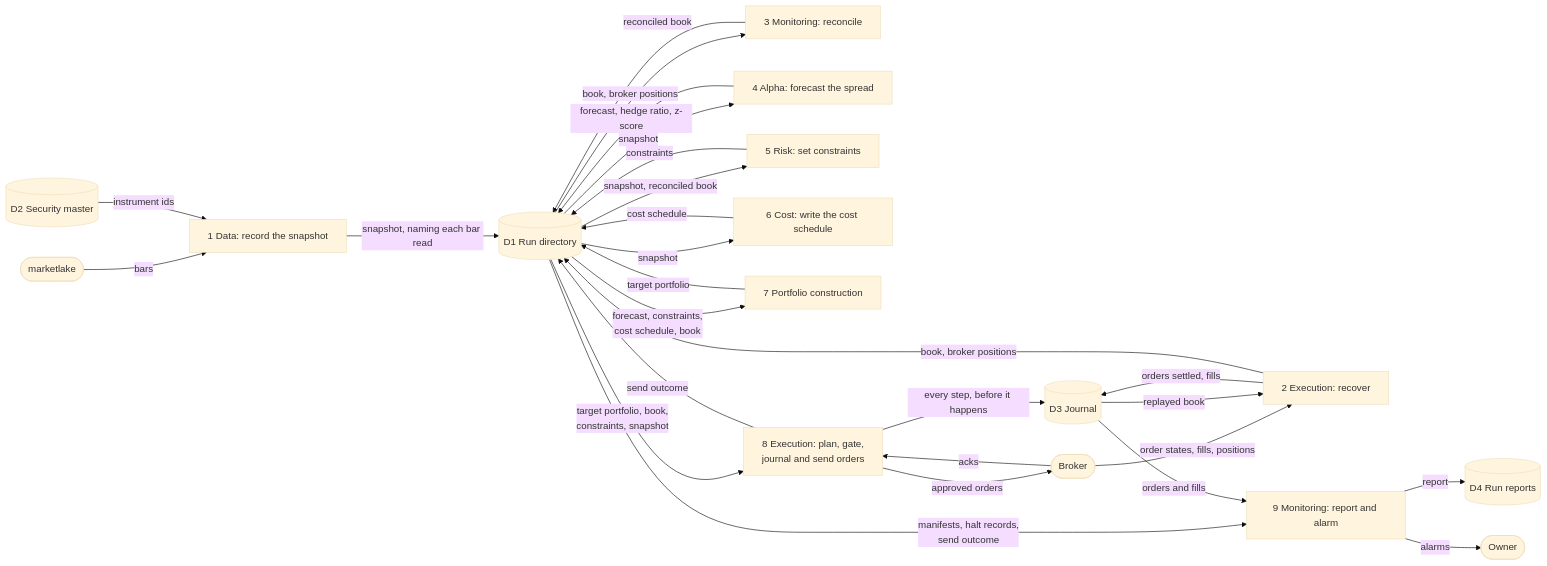
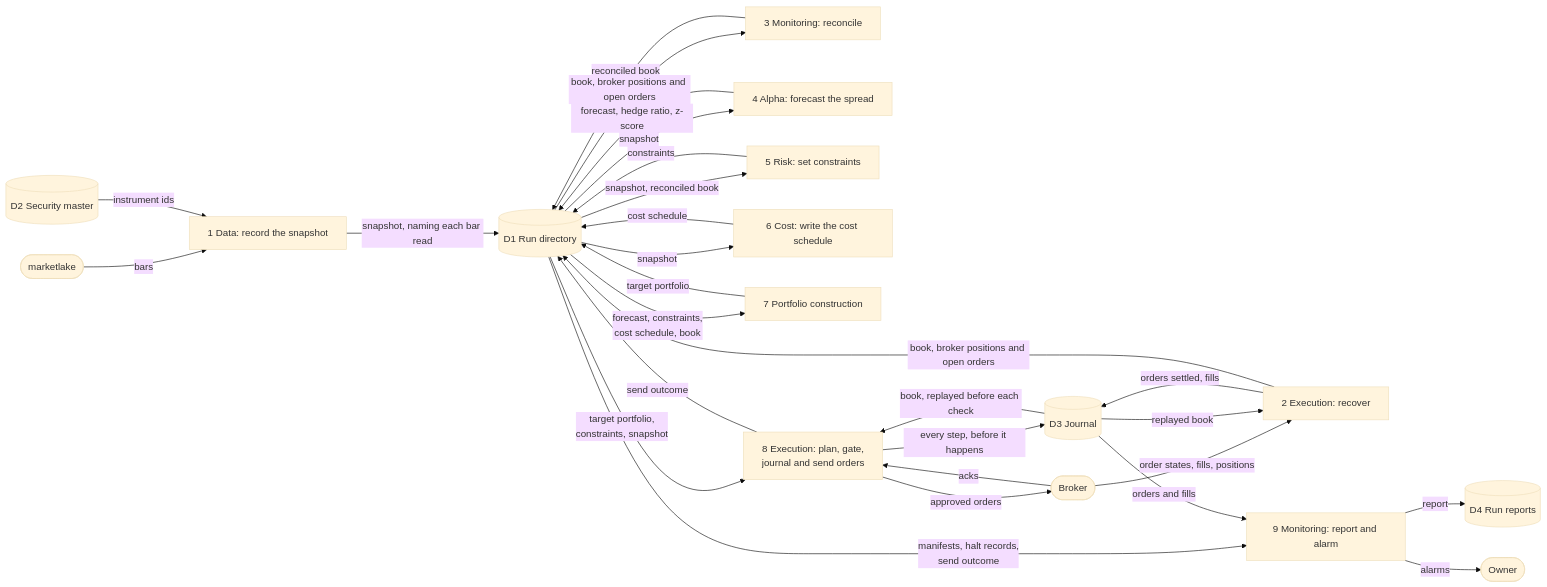
Before and after one commit to l3a0/ithildin-runtime: the third of 16 diagrams in docs/architecture.md, drawn with Mermaid (base theme). The commit also changed other lines of this file and 2 other files, not shown here.

First line of the commit message:
docs(architecture): fix what the review of the process revision found

````diff
--- a/docs/architecture.md
+++ b/docs/architecture.md
@@ -343,48 +353,49 @@
 ```mermaid
 flowchart LR
     vendor(["marketlake"])
     brokerx(["Broker"])
     ownerx(["Owner"])
 
     p1["1 Data: record the snapshot"]
     p2["2 Execution: recover"]
     p3["3 Monitoring: reconcile"]
     p4["4 Alpha: forecast the spread"]
     p5["5 Risk: set constraints"]
     p6["6 Cost: write the cost schedule"]
     p7["7 Portfolio construction"]
     p8["8 Execution: plan, gate,<br/>journal and send orders"]
     p9["9 Monitoring: report and alarm"]
 
     d1[("D1 Run directory")]
     d2[("D2 Security master")]
     d3[("D3 Journal")]
     d4[("D4 Run reports")]
 
     vendor -->|"bars"| p1
     d2 -->|"instrument ids"| p1
     p1 -->|"snapshot, naming each bar read"| d1
     brokerx -->|"order states, fills, positions"| p2
     p2 -->|"orders settled, fills"| d3
     d3 -->|"replayed book"| p2
-    p2 -->|"book, broker positions"| d1
-    d1 -->|"book, broker positions"| p3
+    p2 -->|"book, broker positions and open orders"| d1
+    d1 -->|"book, broker positions and open orders"| p3
     p3 -->|"reconciled book"| d1
     d1 -->|"snapshot"| p4
     p4 -->|"forecast, hedge ratio, z-score"| d1
     d1 -->|"snapshot, reconciled book"| p5
     p5 -->|"constraints"| d1
     d1 -->|"snapshot"| p6
     p6 -->|"cost schedule"| d1
     d1 -->|"forecast, constraints,<br/>cost schedule, book"| p7
     p7 -->|"target portfolio"| d1
-    d1 -->|"target portfolio, book,<br/>constraints, snapshot"| p8
+    d1 -->|"target portfolio,<br/>constraints, snapshot"| p8
+    d3 -->|"book, replayed before each check"| p8
     p8 -->|"every step, before it happens"| d3
     p8 -->|"approved orders"| brokerx
     brokerx -->|"acks"| p8
     p8 -->|"send outcome"| d1
     d1 -->|"manifests, halt records,<br/>send outcome"| p9
     d3 -->|"orders and fills"| p9
     p9 -->|"report"| d4
     p9 -->|"alarms"| ownerx
 ```
````
